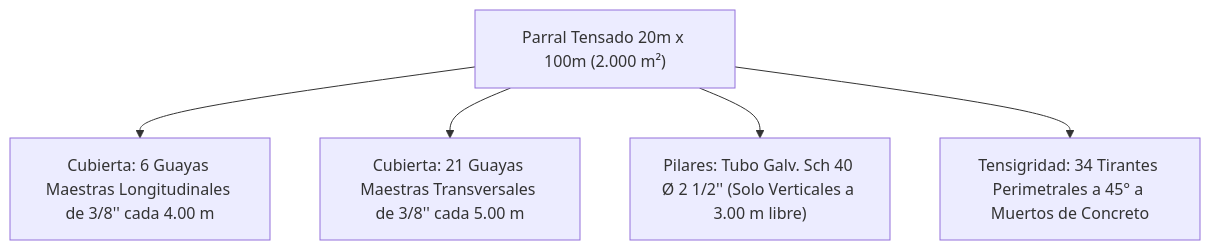
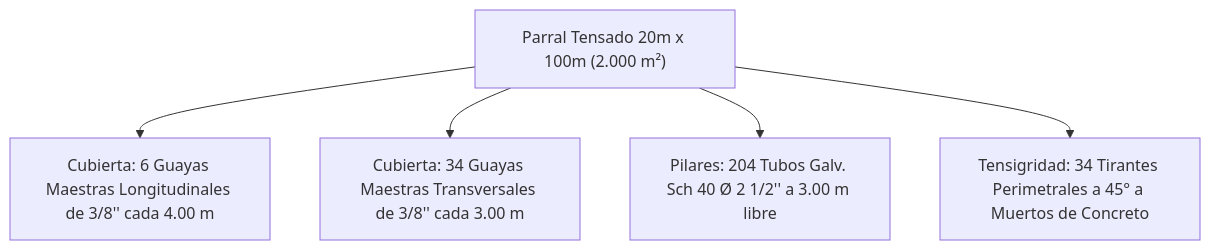
The diagram in CALCULO_TECNICO_TOMATE_QUIBOR.md (julljoll/invernadero), drawn with Mermaid before and after one commit. The commit also changed other lines of this file and 10 other files, not shown here.

````diff
--- a/CALCULO_TECNICO_TOMATE_QUIBOR.md
+++ b/CALCULO_TECNICO_TOMATE_QUIBOR.md
@@ -71,7 +71,7 @@
 ```mermaid
 graph TD
     A["Parral Tensado 20m x 100m (2.000 m²)"] --> B["Cubierta: 6 Guayas Maestras Longitudinales de 3/8'' cada 4.00 m"]
-    A --> C["Cubierta: 21 Guayas Maestras Transversales de 3/8'' cada 5.00 m"]
-    A --> D["Pilares: Tubo Galv. Sch 40 Ø 2 1/2'' (Solo Verticales a 3.00 m libre)"]
+    A --> C["Cubierta: 34 Guayas Maestras Transversales de 3/8'' cada 3.00 m"]
+    A --> D["Pilares: 204 Tubos Galv. Sch 40 Ø 2 1/2'' a 3.00 m libre"]
     A --> E["Tensigridad: 34 Tirantes Perimetrales a 45° a Muertos de Concreto"]
 ```
````
